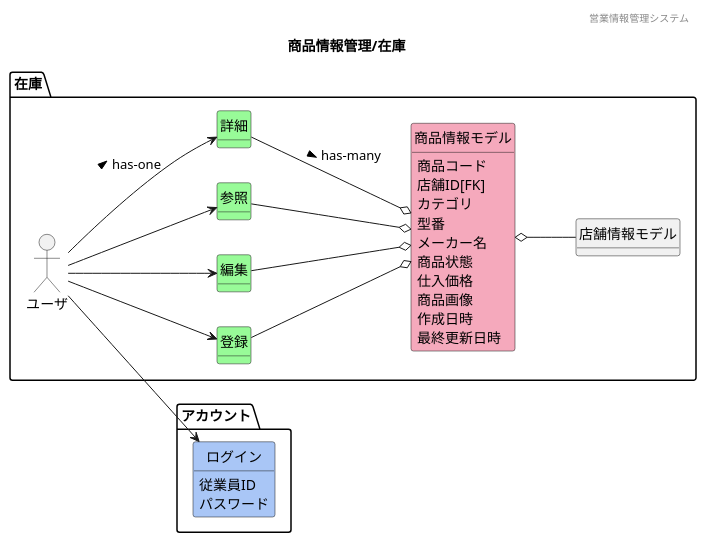
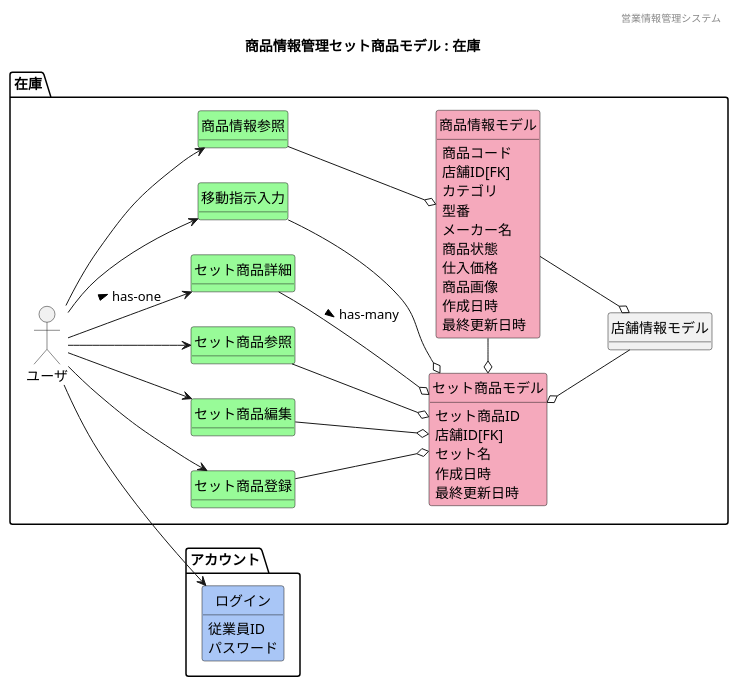
Before and after one commit to HaruShim/Sotuken: the diagram in 各種設計書/1ドメインモデル図/商品情報管理/F07在庫.plantuml, drawn with PlantUML.

```diff
--- a/各種設計書/1ドメインモデル図/商品情報管理/F07在庫.plantuml
+++ b/各種設計書/1ドメインモデル図/商品情報管理/F07在庫.plantuml
@@ -1,64 +1,79 @@
-@startuml ../images/商品情報管理/在庫
+@startuml ..セット商品モデル : imagesセット商品モデル : 商品情報管理セット商品モデル : 在庫
 ' ヘッダー
 header 営業情報管理システム
 ' タイトル
-title 商品情報管理/在庫
+title 商品情報管理セット商品モデル : 在庫
 ' 
 hide circle
 ' 
 hide method
 left to right direction
 
 package "アカウント"{
     class "ログイン" #A9C6F6
 
 }
 
 package "在庫" {
     'ユーザや外部システム
     mix_actor "ユーザ"
-    class "登録" #98fb98
-    class "編集" #98fb98
-    class "参照" #98fb98
-    class "詳細" #98fb98
+    class "セット商品登録" #98fb98
+    class "セット商品編集" #98fb98
+    class "セット商品参照" #98fb98
+    class "セット商品詳細" #98fb98
+    class "移動指示入力" #98fb98
+    class "商品情報参照" #98fb98
     class "商品情報モデル" #F5A9BC
-    class "店舗情報モデル"    
+    class "セット商品モデル" #F5A9BC
+    class "店舗情報モデル"
 }
     ' package "マスタ管理"{
     '     ' package "店舗マスタ"{}
     '     ' package "ベンチマークマスタ"{}
     ' }
     ' class "" #F5A9BC
     ' class "" #ffd700
 
     'モデル同士の関係
-    ユーザ --> 参照
-    ユーザ --> 登録
-    ユーザ --> 編集
-    ユーザ --> 詳細 : > has-one
+    ユーザ --> セット商品参照
+    ユーザ --> セット商品登録
+    ユーザ --> セット商品編集
+    ユーザ --> セット商品詳細 : > has-one
+    ユーザ --> 移動指示入力
+    ユーザ --> 商品情報参照
     ユーザ --> ログイン
-    登録 --o 商品情報モデル
-    参照 --o 商品情報モデル
-    編集 --o 商品情報モデル
-    詳細 --o 商品情報モデル : > has-many
-    商品情報モデル o-- 店舗情報モデル
+    セット商品登録 --o セット商品モデル
+    セット商品参照 --o セット商品モデル
+    セット商品編集 --o セット商品モデル
+    セット商品詳細 --o セット商品モデル : > has-many
+    移動指示入力--o セット商品モデル
+    商品情報参照--o 商品情報モデル
+    セット商品モデル o-- 店舗情報モデル
+    セット商品モデル o-right- 商品情報モデル
+    店舗情報モデル o-up- 商品情報モデル
     ' 商品情報モデル o-- マスタ管理
     
     'ドメインクラスの属性
     商品情報モデル : 商品コード
     商品情報モデル : 店舗ID[FK]
     商品情報モデル : カテゴリ
     商品情報モデル : 型番
     商品情報モデル : メーカー名
     商品情報モデル : 商品状態
     商品情報モデル : 仕入価格
     商品情報モデル : 商品画像
     商品情報モデル : 作成日時
     商品情報モデル : 最終更新日時
+    セット商品モデル : セット商品ID
+    セット商品モデル : 店舗ID[FK]
+    セット商品モデル : セット名
+    セット商品モデル : 作成日時
+    セット商品モデル : 最終更新日時
     ログイン : 従業員ID
     ログイン : パスワード
 
 
 
 
+
 @enduml
```
